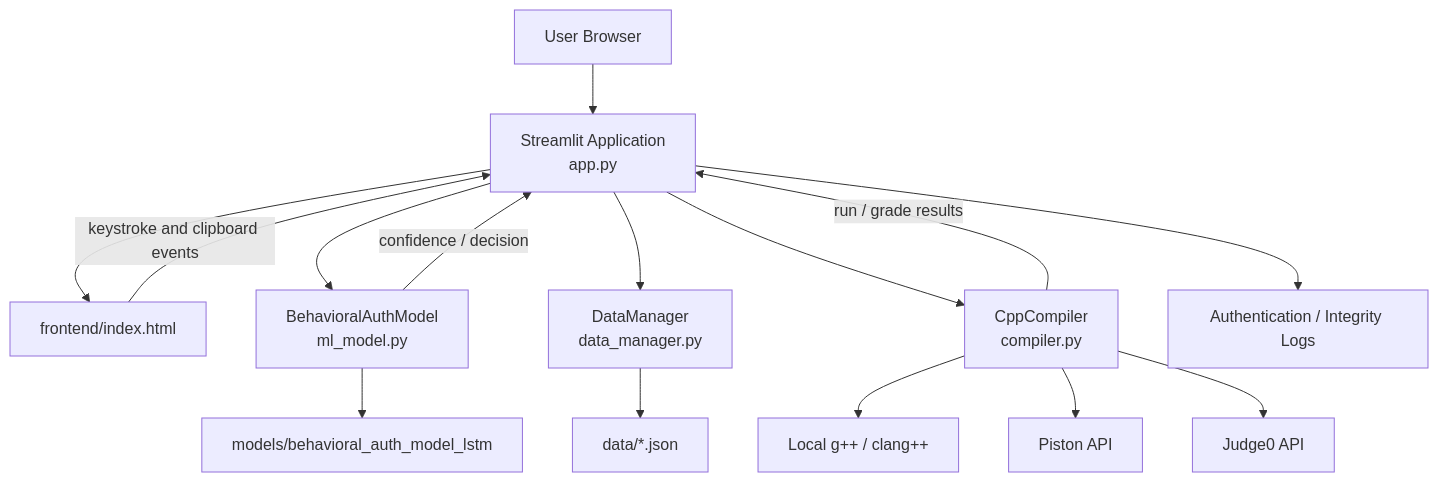
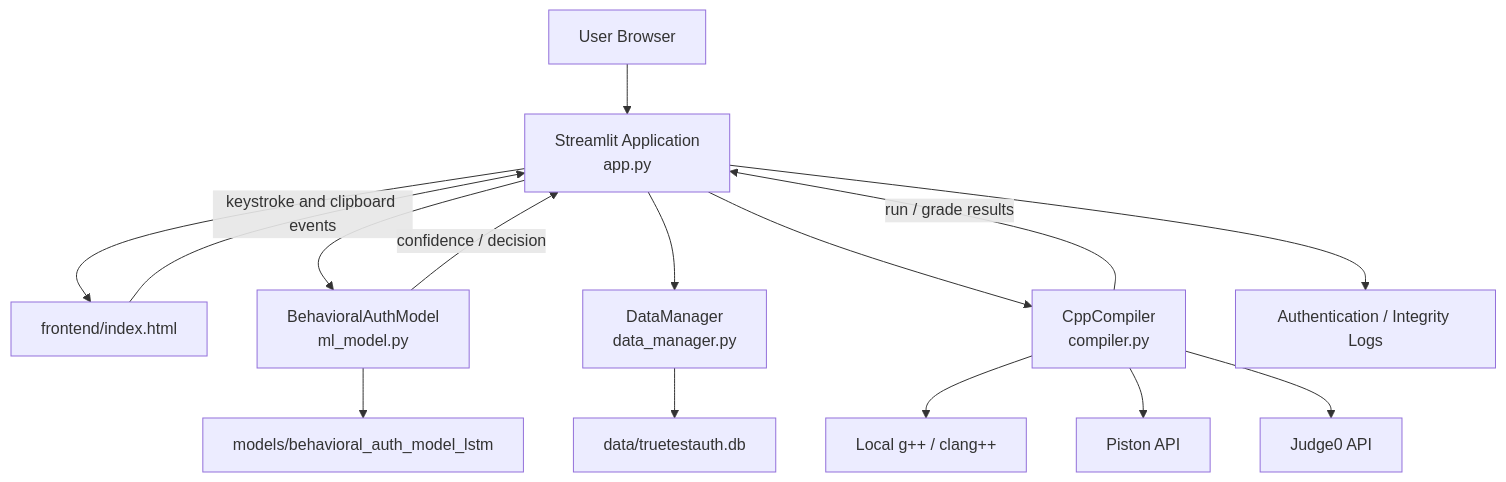
Before and after one commit to erharsh2104/TrueTestAuth: the diagram in README.md, drawn with Mermaid. The commit also changed other lines of this file and 2 other files, not shown here.

First line of the commit message:
Store app data in SQLite instead of JSON files

````diff
--- a/README.md
+++ b/README.md
@@ -165,30 +165,30 @@
 ```mermaid
 flowchart TD
     B[User Browser]
     A[Streamlit Application<br/>app.py]
     F[frontend/index.html]
     M[BehavioralAuthModel<br/>ml_model.py]
     D[DataManager<br/>data_manager.py]
     C[CppCompiler<br/>compiler.py]
     J[Local g++ / clang++]
     P[Piston API]
     J0[Judge0 API]
     MD[models/behavioral_auth_model_lstm]
-    DB[data/*.json]
+    DB[data/truetestauth.db]
     L[Authentication / Integrity Logs]
 
     B --> A
     A --> F
     F -->|keystroke and clipboard events| A
     A --> M
     M --> MD
     M -->|confidence / decision| A
     A --> D
     D --> DB
     A --> C
     C --> J
     C --> P
     C --> J0
     C -->|run / grade results| A
     A --> L
 ```
````
